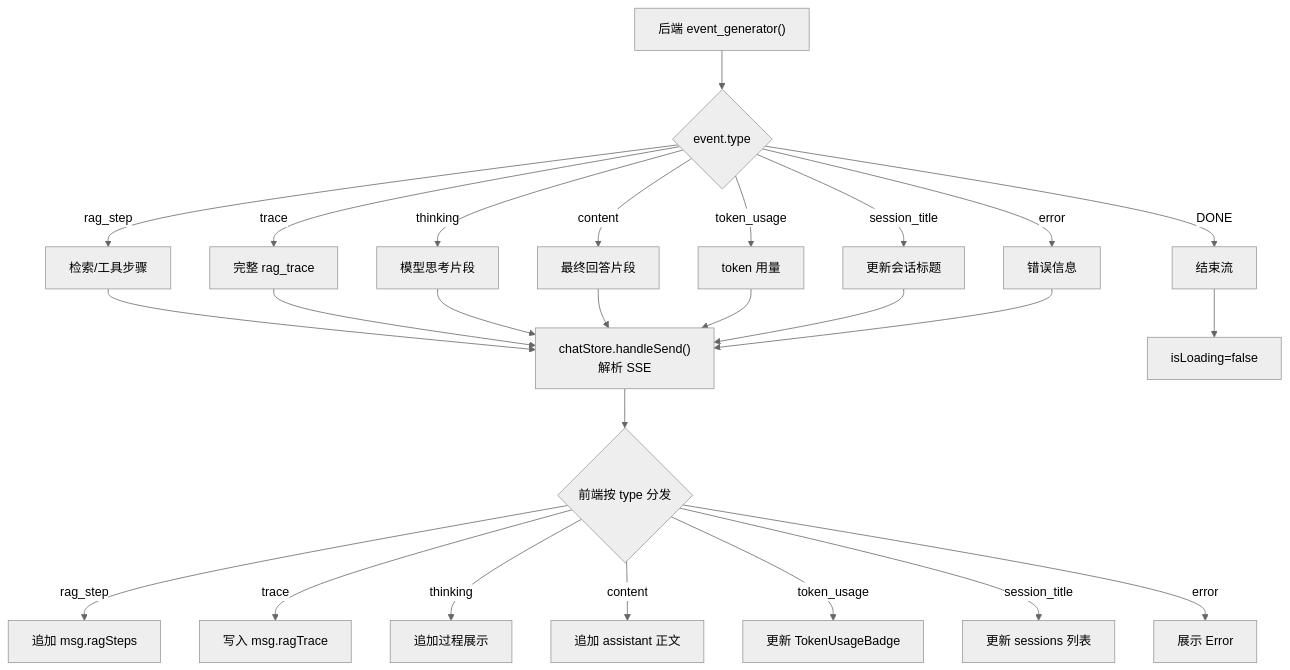
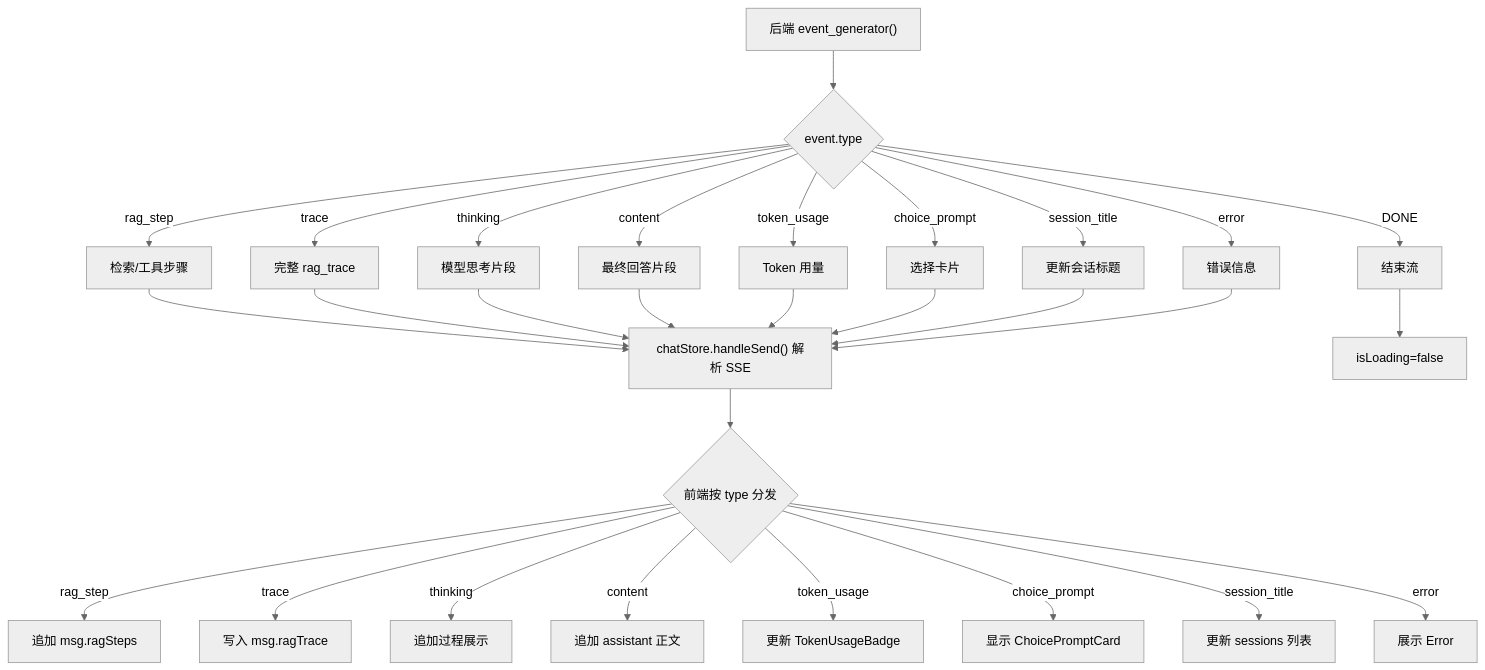
One commit to QDcvd/CookGraph changed the seventh of 7 diagrams in doc/USER_MESSAGE_CALL_CHAIN.md. Above: the diagram before and after it, drawn with Mermaid (neutral theme). The commit also changed other lines of this file and 18 other files, not shown here.

First line of the commit message:
Clarification Gate + Context Followup + 知识图谱更新

````diff
--- a/doc/USER_MESSAGE_CALL_CHAIN.md
+++ b/doc/USER_MESSAGE_CALL_CHAIN.md
@@ -291,24 +243,26 @@
 ```mermaid
 flowchart TD
     A["后端 event_generator()"] --> B{"event.type"}
     B -->|rag_step| C["检索/工具步骤"]
     B -->|trace| D["完整 rag_trace"]
     B -->|thinking| E["模型思考片段"]
     B -->|content| F["最终回答片段"]
-    B -->|token_usage| G["token 用量"]
-    B -->|session_title| H["更新会话标题"]
-    B -->|error| I["错误信息"]
-    B -->|DONE| J["结束流"]
+    B -->|token_usage| G["Token 用量"]
+    B -->|choice_prompt| H["选择卡片"]
+    B -->|session_title| I["更新会话标题"]
+    B -->|error| J["错误信息"]
+    B -->|DONE| K["结束流"]
 
-    C --> K["chatStore.handleSend()<br/>解析 SSE"]
-    D --> K; E --> K; F --> K; G --> K; H --> K; I --> K
-    K --> L{"前端按 type 分发"}
-    L -->|rag_step| M["追加 msg.ragSteps"]
-    L -->|trace| N["写入 msg.ragTrace"]
-    L -->|thinking| O["追加过程展示"]
-    L -->|content| P["追加 assistant 正文"]
-    L -->|token_usage| Q["更新 TokenUsageBadge"]
-    L -->|session_title| R["更新 sessions 列表"]
-    L -->|error| S["展示 Error"]
-    J --> T["isLoading=false"]
+    C --> L["chatStore.handleSend() 解析 SSE"]
+    D --> L; E --> L; F --> L; G --> L; H --> L; I --> L; J --> L
+    L --> M{"前端按 type 分发"}
+    M -->|rag_step| N["追加 msg.ragSteps"]
+    M -->|trace| O["写入 msg.ragTrace"]
+    M -->|thinking| P["追加过程展示"]
+    M -->|content| Q["追加 assistant 正文"]
+    M -->|token_usage| R["更新 TokenUsageBadge"]
+    M -->|choice_prompt| S["显示 ChoicePromptCard"]
+    M -->|session_title| T["更新 sessions 列表"]
+    M -->|error| U["展示 Error"]
+    K --> V["isLoading=false"]
 ```
````
